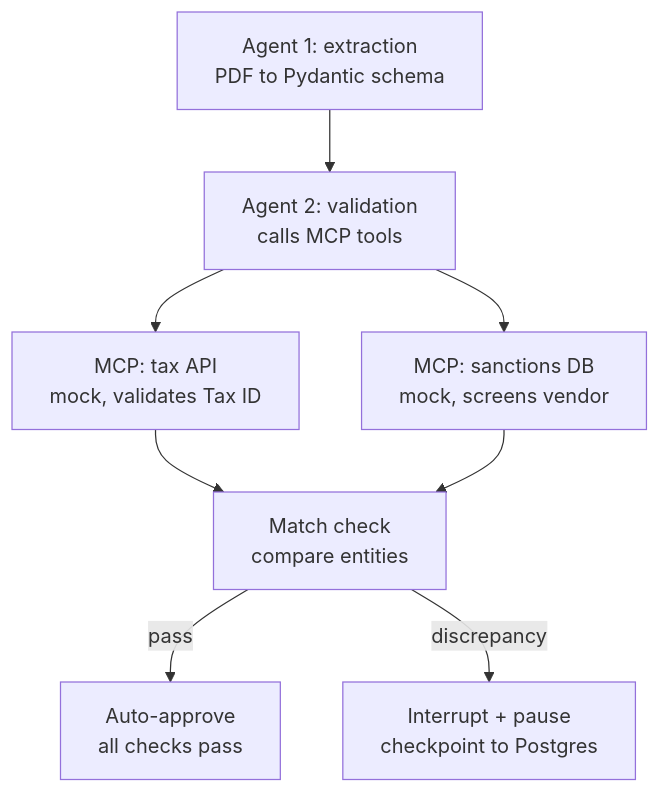
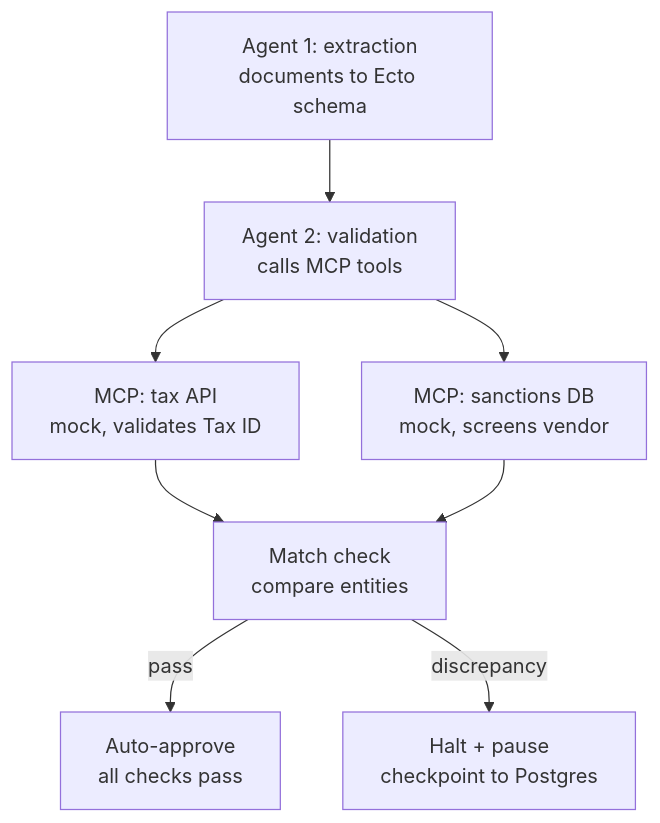
Before and after one commit to divijjain/vendor_onboarding: the second of 3 diagrams in README.md, drawn with Mermaid. The commit also changed other lines of this file and 226 other files, not shown here.

````diff
--- a/README.md
+++ b/README.md
@@ -28,10 +32,10 @@
 ```mermaid
 flowchart TD
-    A1[Agent 1: extraction<br/>PDF to Pydantic schema] --> A2[Agent 2: validation<br/>calls MCP tools]
+    A1[Agent 1: extraction<br/>documents to Ecto schema] --> A2[Agent 2: validation<br/>calls MCP tools]
     A2 --> T1[MCP: tax API<br/>mock, validates Tax ID]
     A2 --> T2[MCP: sanctions DB<br/>mock, screens vendor]
     T1 --> M[Match check<br/>compare entities]
     T2 --> M
     M -->|pass| APR[Auto-approve<br/>all checks pass]
-    M -->|discrepancy| INT[Interrupt + pause<br/>checkpoint to Postgres]
+    M -->|discrepancy| INT[Halt + pause<br/>checkpoint to Postgres]
 ```
````
